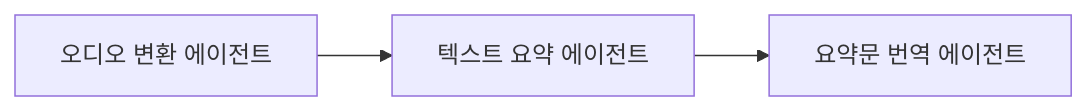
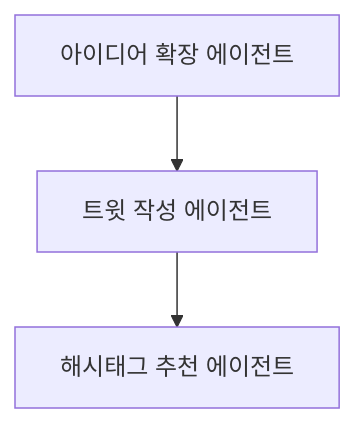
One commit to wooxist/ai-instructions changed the first of 8 diagrams in book/07-process-workflow.md. Above: the diagram before and after it, drawn with Mermaid. The commit also changed other lines of this file and 19 other files, not shown here.

````diff
--- a/book/07-process-workflow.md
+++ b/book/07-process-workflow.md
@@ -48,5 +48,5 @@
   ```mermaid
-  graph LR
-      A[오디오 변환 에이전트] --> B[텍스트 요약 에이전트]
-      B --> C[요약문 번역 에이전트]
+  graph TD
+      A[아이디어 확장 에이전트] --> B[트윗 작성 에이전트]
+      B --> C[해시태그 추천 에이전트]
   ```
````
